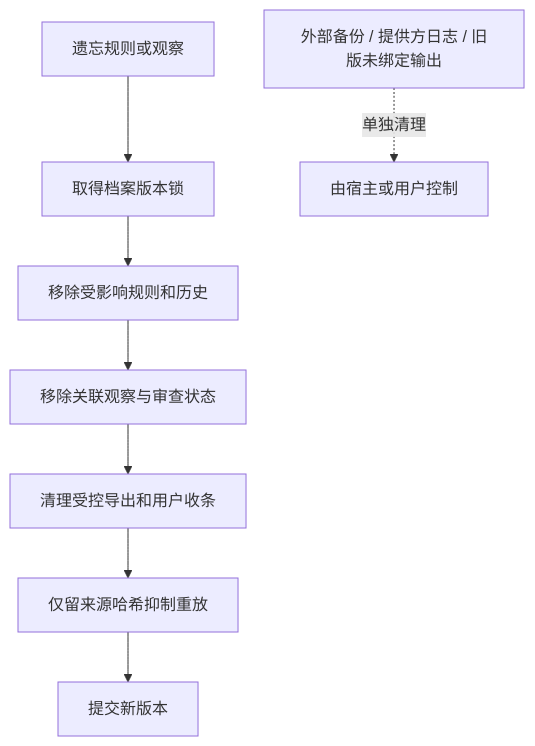
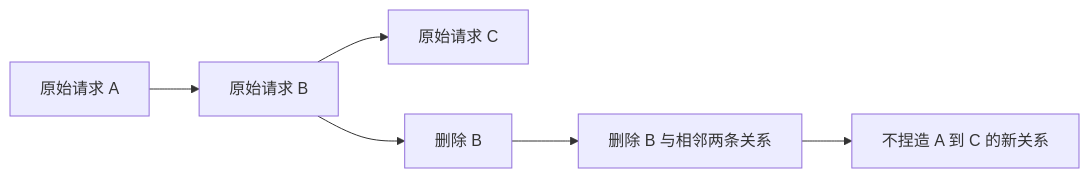
One commit to KarmenLoop/user-behavior-personalization changed the second of 2 diagrams in docs/architecture.zh-CN.md. Above: the diagram before and after it, drawn with Mermaid. The commit also changed other lines of this file and 51 other files, not shown here.

````diff
--- a/docs/architecture.zh-CN.md
+++ b/docs/architecture.zh-CN.md
@@ -61,10 +54,8 @@
 ```mermaid
-flowchart TD
-  A[遗忘规则或观察] --> B[取得档案版本锁]
-  B --> C[移除受影响规则和历史]
-  C --> D[移除关联观察与审查状态]
-  D --> E[清理受控导出和用户收条]
-  E --> F[仅留来源哈希抑制重放]
-  F --> G[提交新版本]
-  X[外部备份 / 提供方日志 / 旧版未绑定输出] -. 单独清理 .-> H[由宿主或用户控制]
+flowchart LR
+  A[原始请求 A] --> B[原始请求 B]
+  B --> C[原始请求 C]
+  B --> D[删除 B]
+  D --> E[删除 B 与相邻两条关系]
+  E --> F[不捏造 A 到 C 的新关系]
 ```
````
